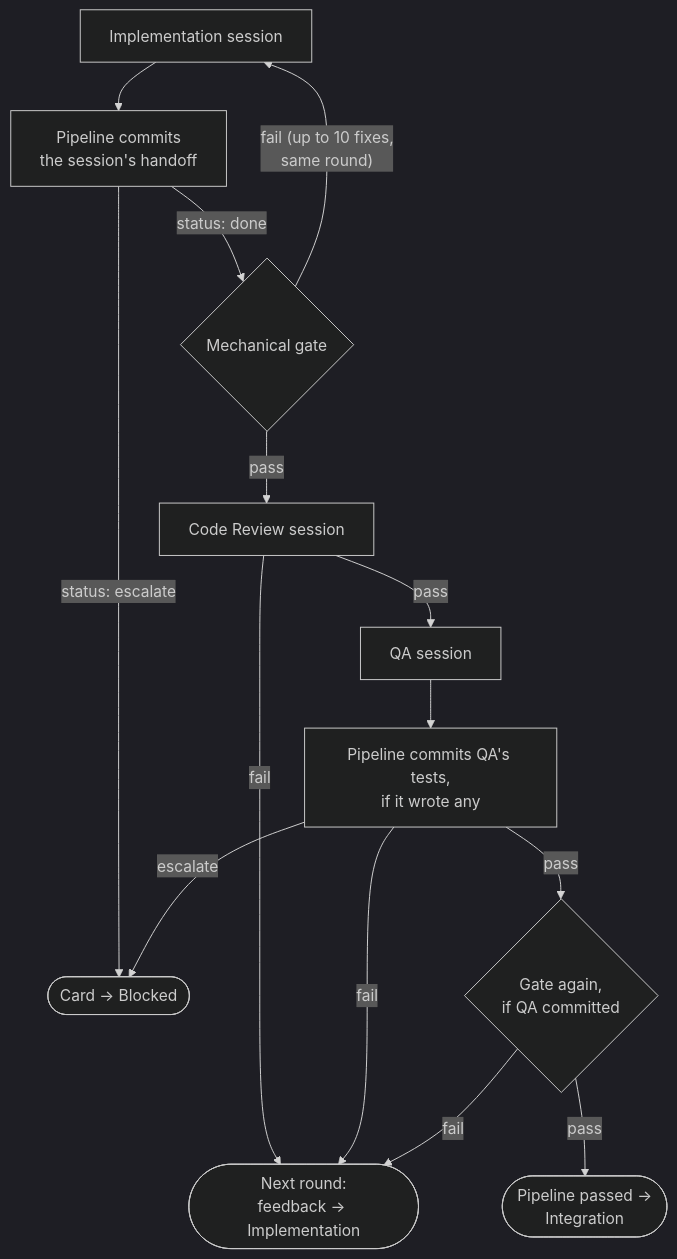
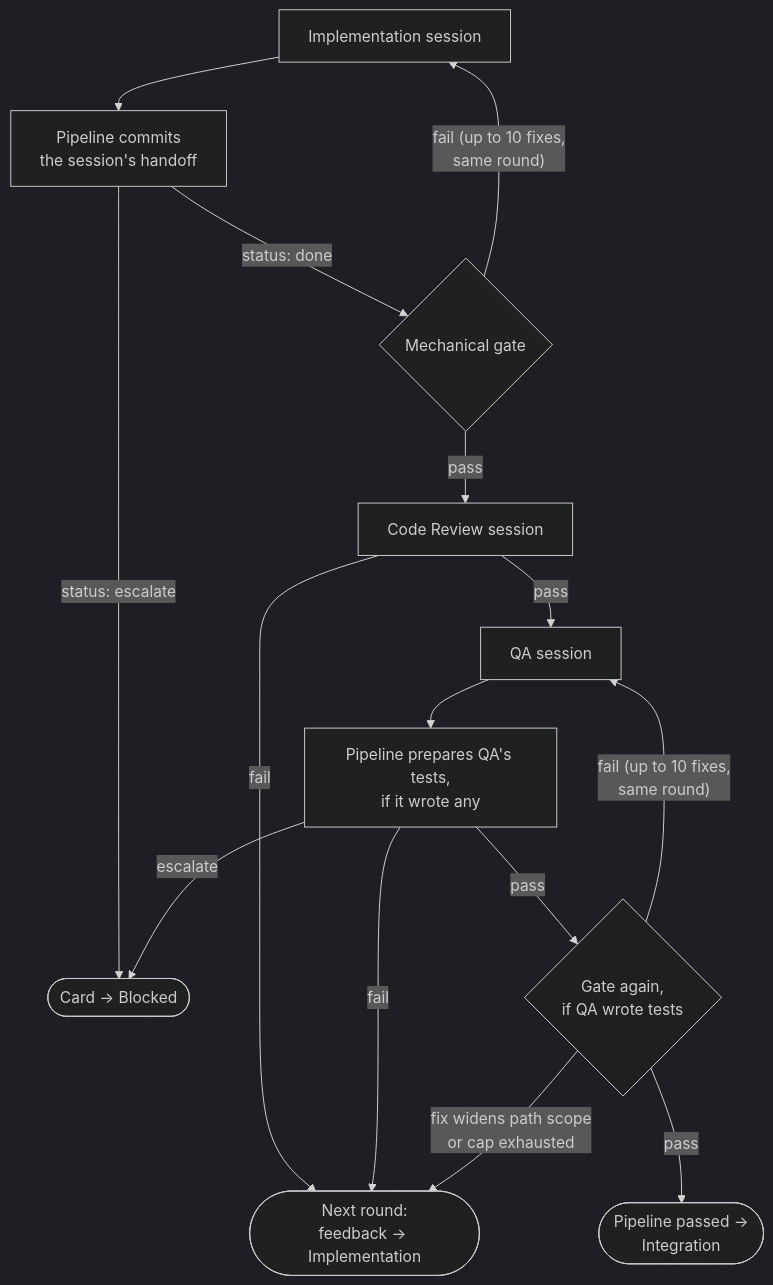
One commit to rdaruszka/jfdi changed the diagram in docs/guide/pipeline.md. Above: the diagram before and after it, drawn with Mermaid (dark theme). The commit also changed other lines of this file and 6 other files, not shown here.

````diff
--- a/docs/guide/pipeline.md
+++ b/docs/guide/pipeline.md
@@ -18,16 +18,17 @@
 ```mermaid
 flowchart TD
     IMPL[Implementation session] --> CHK[Pipeline commits<br/>the session's handoff]
     CHK -->|status: done| GATE{Mechanical gate}
     CHK -->|status: escalate| BLOCKED([Card → Blocked])
     GATE -->|"fail (up to 10 fixes,<br/>same round)"| IMPL
     GATE -->|pass| CR[Code Review session]
     CR -->|fail| RETRY([Next round:<br/>feedback → Implementation])
     CR -->|pass| QA[QA session]
-    QA --> QACOMMIT[Pipeline commits QA's tests,<br/>if it wrote any]
-    QACOMMIT -->|fail| RETRY
-    QACOMMIT -->|escalate| BLOCKED
-    QACOMMIT -->|pass| GATE2{Gate again,<br/>if QA committed}
-    GATE2 -->|fail| RETRY
+    QA --> QAHANDOFF[Pipeline prepares QA's tests,<br/>if it wrote any]
+    QAHANDOFF -->|fail| RETRY
+    QAHANDOFF -->|escalate| BLOCKED
+    QAHANDOFF -->|pass| GATE2{Gate again,<br/>if QA wrote tests}
+    GATE2 -->|"fail (up to 10 fixes,<br/>same round)"| QA
+    GATE2 -->|"fix widens path scope<br/>or cap exhausted"| RETRY
     GATE2 -->|pass| PASSED([Pipeline passed →<br/>Integration])
 ```
````
